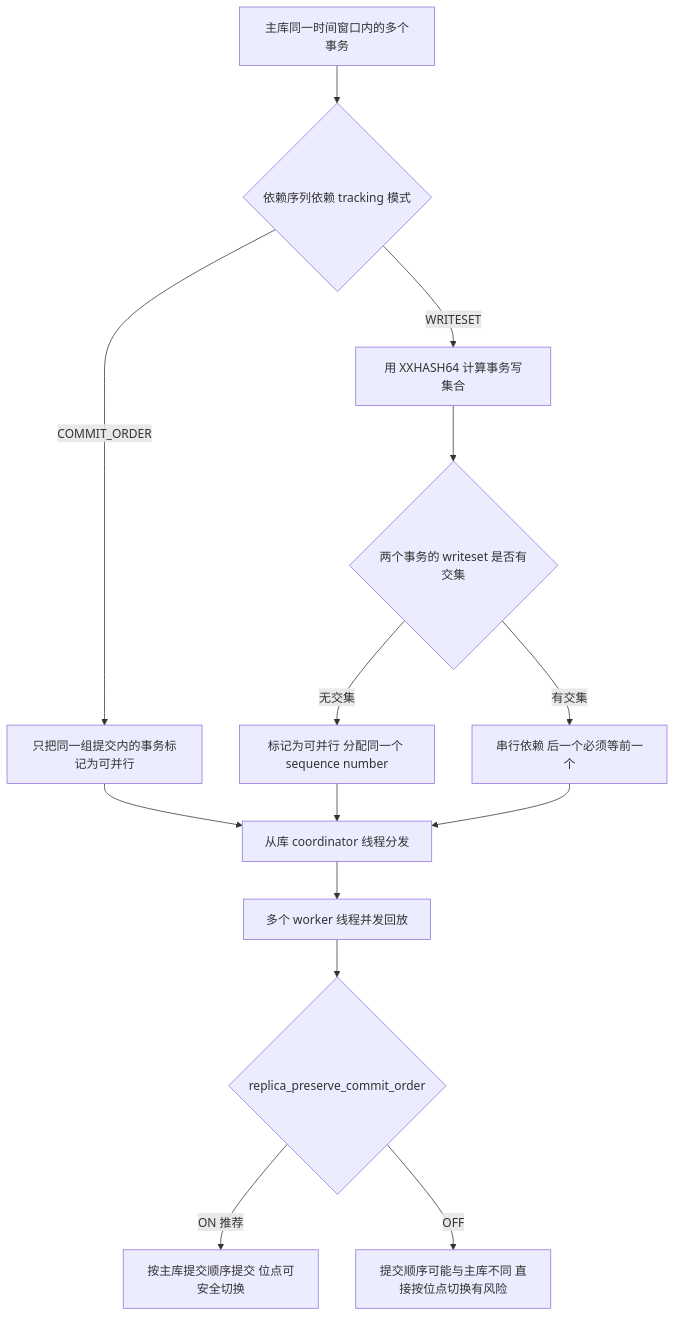
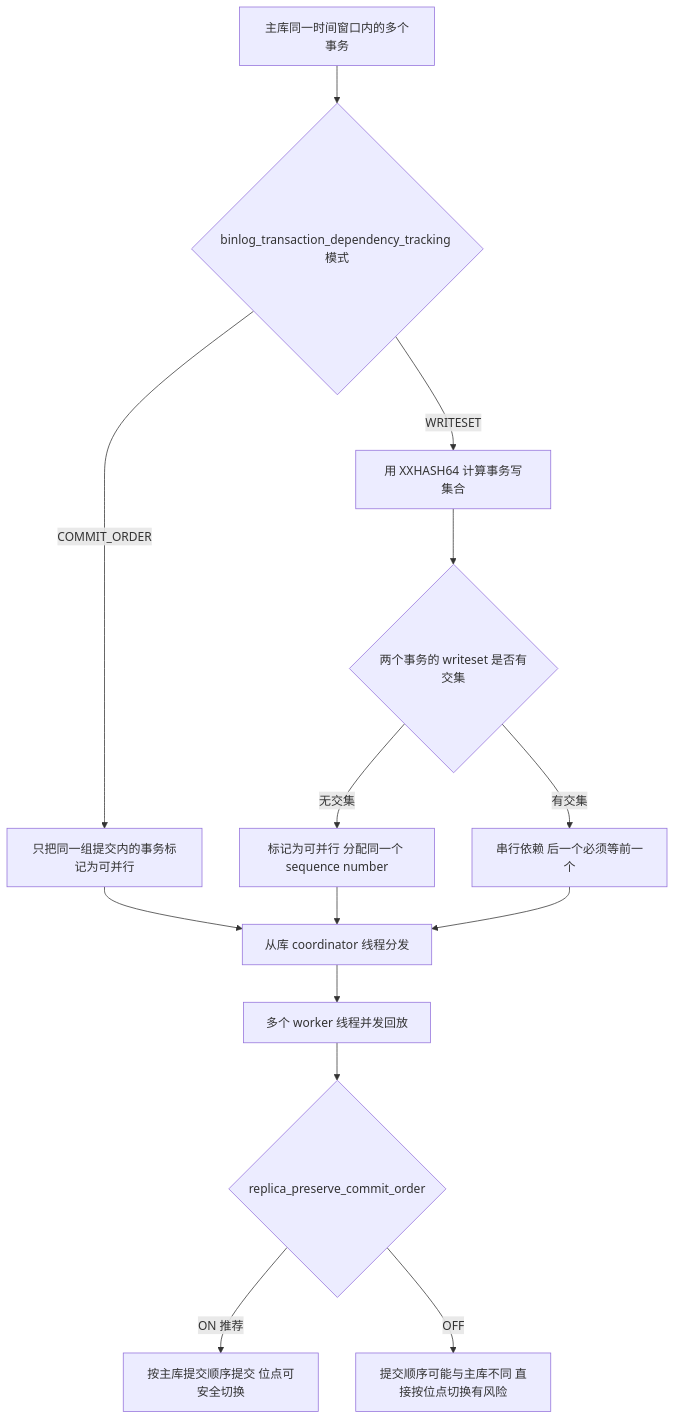
The fourth of 12 diagrams in 05-database/03-MySQL高可用与分库分表.md (jacketan/java-interview), drawn with Mermaid before and after one commit. The commit also changed other lines of this file and 38 other files, not shown here.

````diff
--- a/05-database/03-MySQL高可用与分库分表.md
+++ b/05-database/03-MySQL高可用与分库分表.md
@@ -238,16 +240,16 @@
 ```mermaid
 flowchart TD
-  A["主库同一时间窗口内的多个事务"] --> B{"依赖序列依赖 tracking 模式"}
+  A["主库同一时间窗口内的多个事务"] --> B{"binlog_transaction_dependency_tracking 模式"}
   B -->|"COMMIT_ORDER"| C["只把同一组提交内的事务标记为可并行"]
   B -->|"WRITESET"| D["用 XXHASH64 计算事务写集合"]
   D --> E{"两个事务的 writeset 是否有交集"}
   E -->|"无交集"| F["标记为可并行 分配同一个 sequence number"]
   E -->|"有交集"| G["串行依赖 后一个必须等前一个"]
   C --> H["从库 coordinator 线程分发"]
   F --> H
   G --> H
   H --> I["多个 worker 线程并发回放"]
   I --> J{"replica_preserve_commit_order"}
   J -->|"ON 推荐"| K["按主库提交顺序提交 位点可安全切换"]
   J -->|"OFF"| L["提交顺序可能与主库不同 直接按位点切换有风险"]
 ```
````
